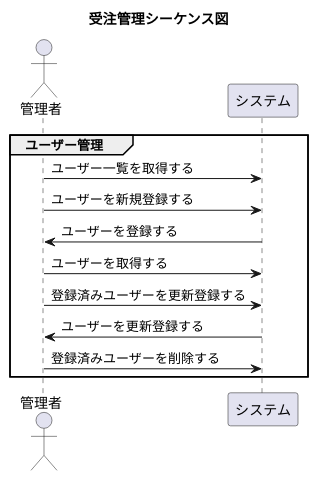
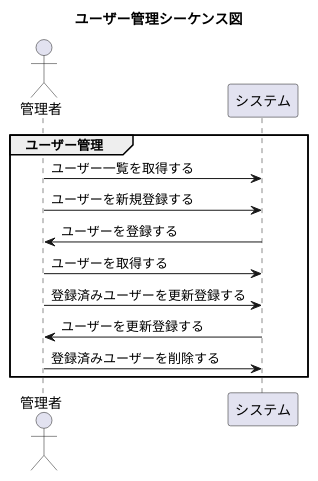
Before and after one commit to k2works/intercept-booster-2: the seventh of 12 diagrams in lib/assets/docs/biz.adoc, drawn with PlantUML. The commit also changed 1 other file, not shown here.

Commit message:
fix:業務分析サンプル

```diff
--- a/lib/assets/docs/biz.adoc
+++ b/lib/assets/docs/biz.adoc
@@ -198,21 +198,21 @@
 [plantuml]
 ----
 @startuml
 
-title 受注管理シーケンス図
+title ユーザー管理シーケンス図
 
 actor 管理者
 Participant システム
 
 group ユーザー管理
 管理者 -> システム : ユーザー一覧を取得する
 管理者 -> システム : ユーザーを新規登録する
 システム -> 管理者 : ユーザーを登録する
 管理者 -> システム : ユーザーを取得する
 管理者 -> システム : 登録済みユーザーを更新登録する
 システム -> 管理者 : ユーザーを更新登録する
 管理者 -> システム : 登録済みユーザーを削除する
 end
 
 @enduml
 ----
```
